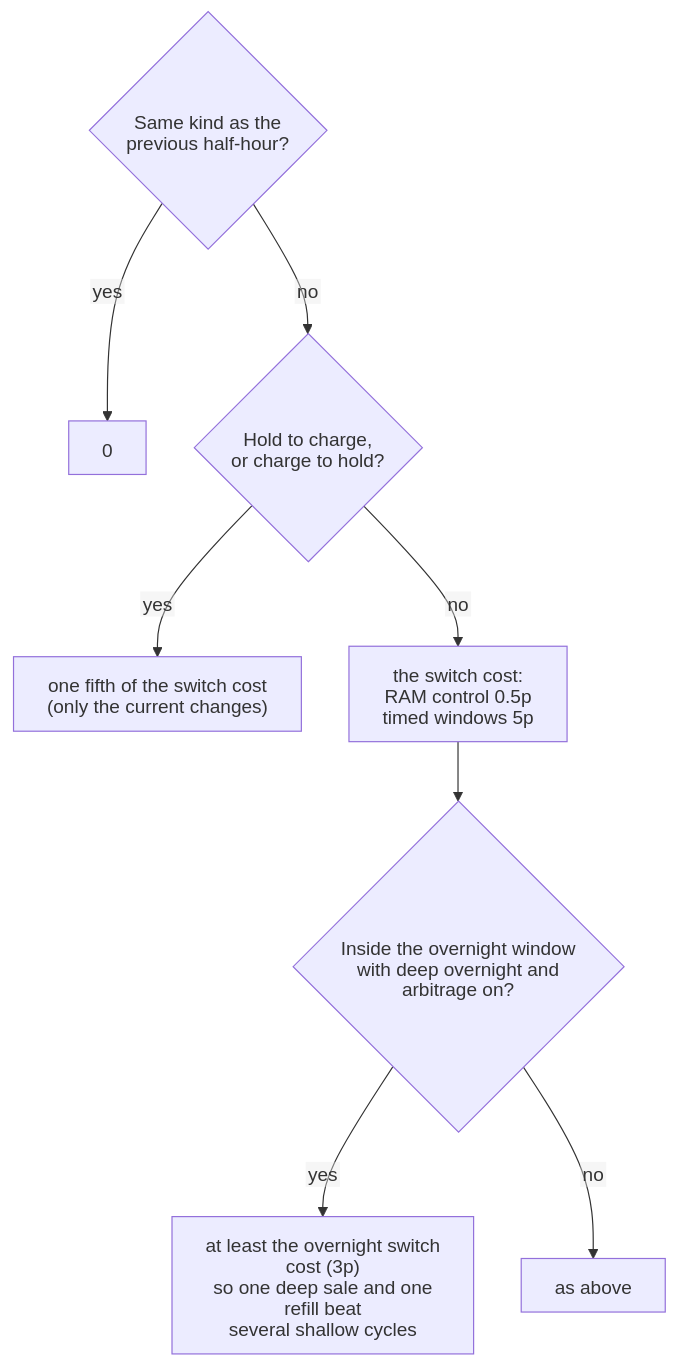
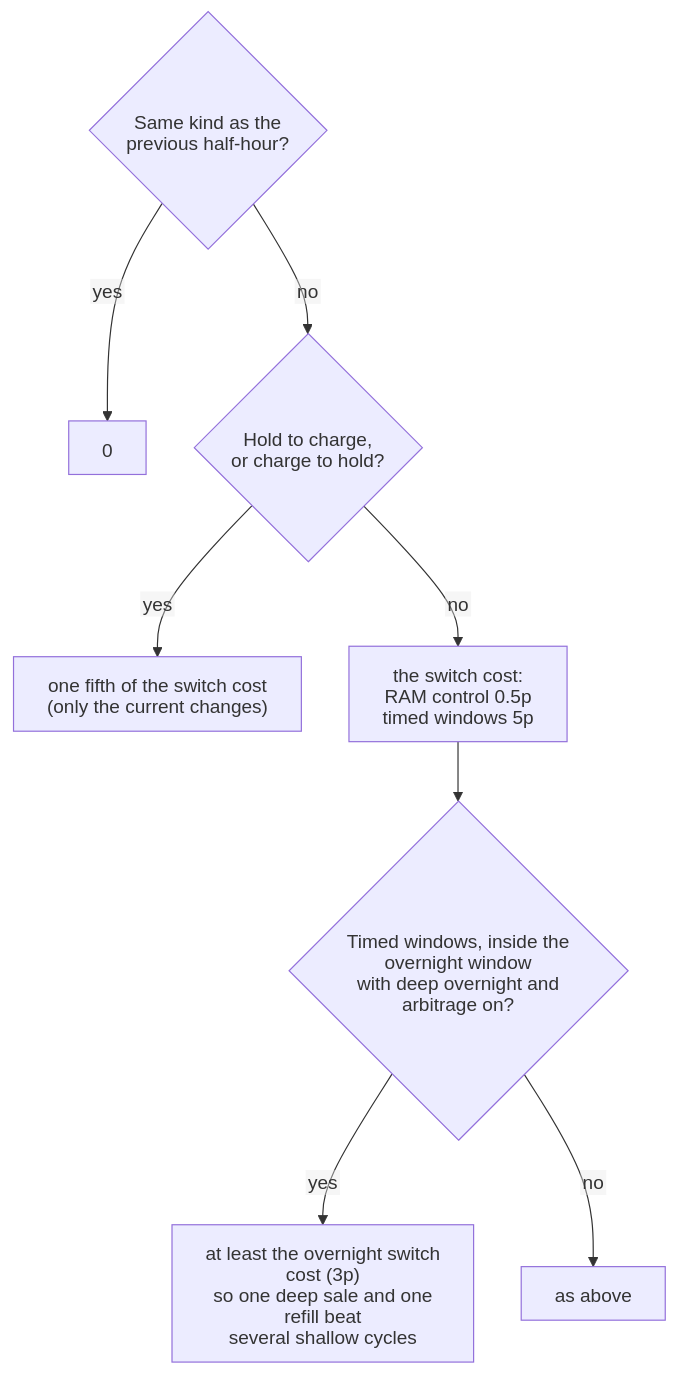
The third of 5 diagrams in docs/logic/03-optimiser.md (durkimat/ha-powerengine-controller), drawn with Mermaid before and after one commit. The commit also changed other lines of this file and 19 other files, not shown here.

````diff
--- a/docs/logic/03-optimiser.md
+++ b/docs/logic/03-optimiser.md
@@ -120,11 +120,11 @@
 ```mermaid
 %%{init: {"htmlLabels": false, "flowchart": {"htmlLabels": false, "padding": 14, "nodeSpacing": 40, "rankSpacing": 50, "useMaxWidth": false}, "sequence": {"wrap": true, "useMaxWidth": false}}}%%
 flowchart TD
     A{"Same kind as the<br/>previous half-hour?"} -- yes --> Z["0"]
     A -- no --> B{"Hold to charge,<br/>or charge to hold?"}
     B -- yes --> C["one fifth of the switch cost<br/>(only the current changes)"]
     B -- no --> D["the switch cost:<br/>RAM control 0.5p<br/>timed windows 5p"]
-    D --> E{"Inside the overnight window<br/>with deep overnight and arbitrage on?"}
+    D --> E{"Timed windows, inside the overnight window<br/>with deep overnight and arbitrage on?"}
     E -- yes --> F["at least the overnight switch cost (3p)<br/>so one deep sale and one refill beat<br/>several shallow cycles"]
     E -- no --> G["as above"]
 ```
````
